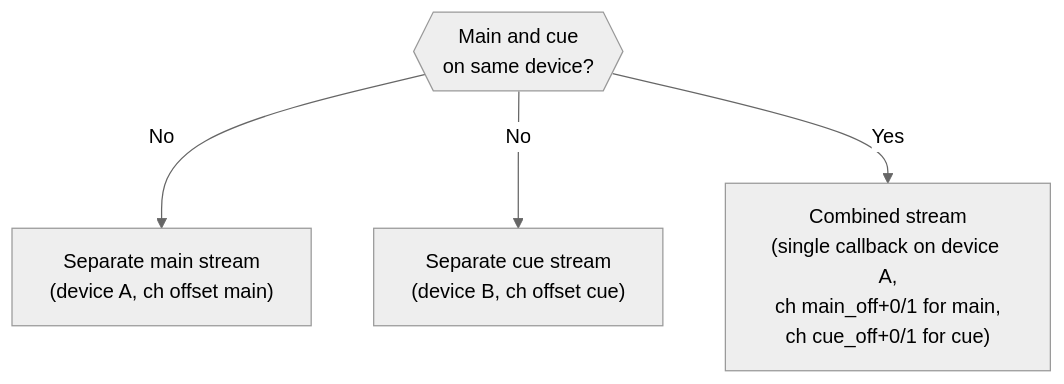
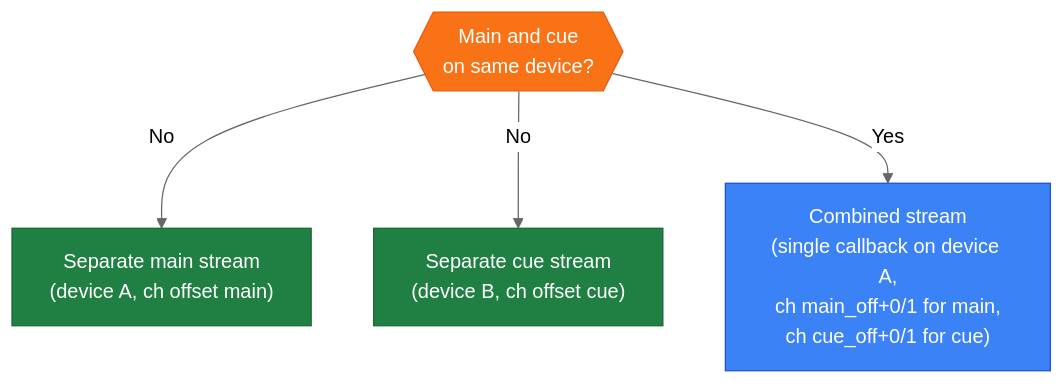
The third of 5 diagrams in ARCHITECTURE.md (berrutti/beatmatcher), drawn with Mermaid (neutral theme) before and after one commit. The commit also changed other lines of this file and 1 other file, not shown here.

Commit message:
Chore: Add colors to Architecture diagram

````diff
--- a/ARCHITECTURE.md
+++ b/ARCHITECTURE.md
@@ -52,8 +62,12 @@
 ```mermaid
 flowchart TD
-    Decision{{"Main and cue\non same device?"}}
+    classDef decision fill:#f97316,stroke:#ea580c,color:#fff
+    classDef combined fill:#3b82f6,stroke:#1d4ed8,color:#fff
+    classDef separate fill:#208043,stroke:#166534,color:#fff
 
-    Decision -- "No" --> SepMain["Separate main stream\n(device A, ch offset main)"]
-    Decision -- "No" --> SepCue["Separate cue stream\n(device B, ch offset cue)"]
-    Decision -- "Yes" --> Combined["Combined stream\n(single callback on device A,\nch main_off+0/1 for main,\nch cue_off+0/1 for cue)"]
+    Decision{{"Main and cue\non same device?"}}:::decision
+
+    Decision -- "No" --> SepMain["Separate main stream\n(device A, ch offset main)"]:::separate
+    Decision -- "No" --> SepCue["Separate cue stream\n(device B, ch offset cue)"]:::separate
+    Decision -- "Yes" --> Combined["Combined stream\n(single callback on device A,\nch main_off+0/1 for main,\nch cue_off+0/1 for cue)"]:::combined
 ```
````
